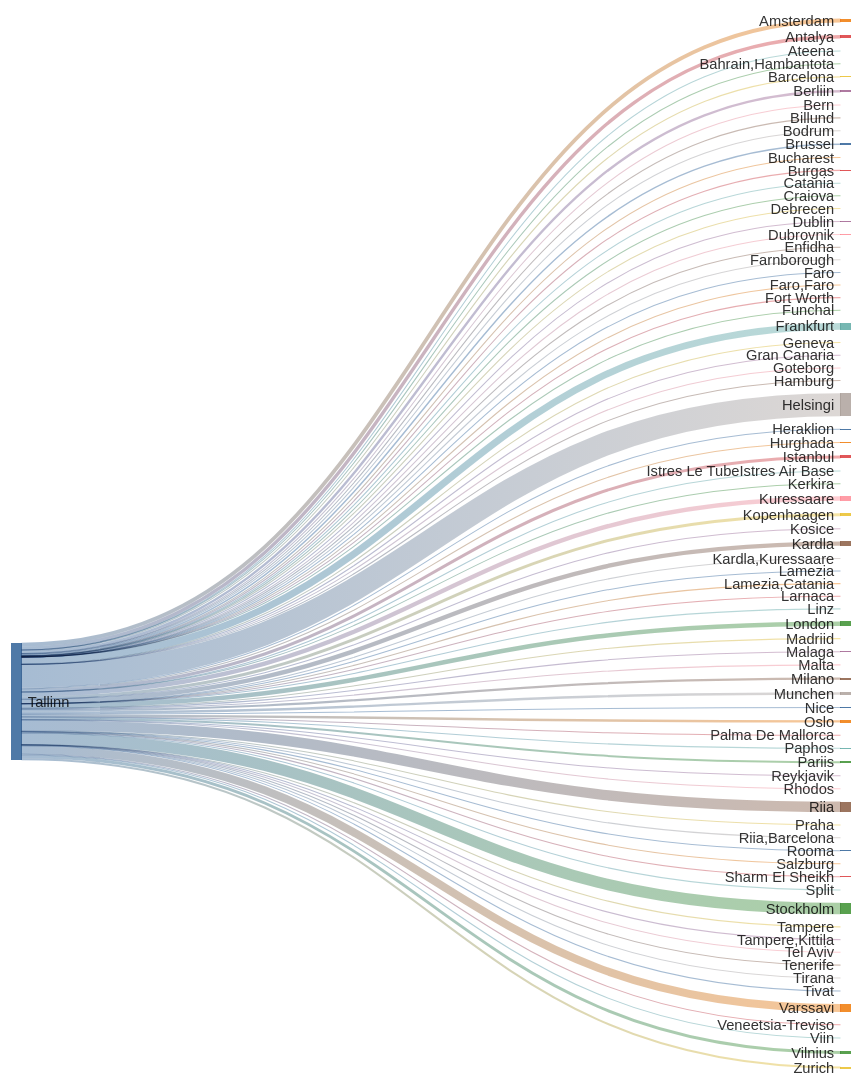
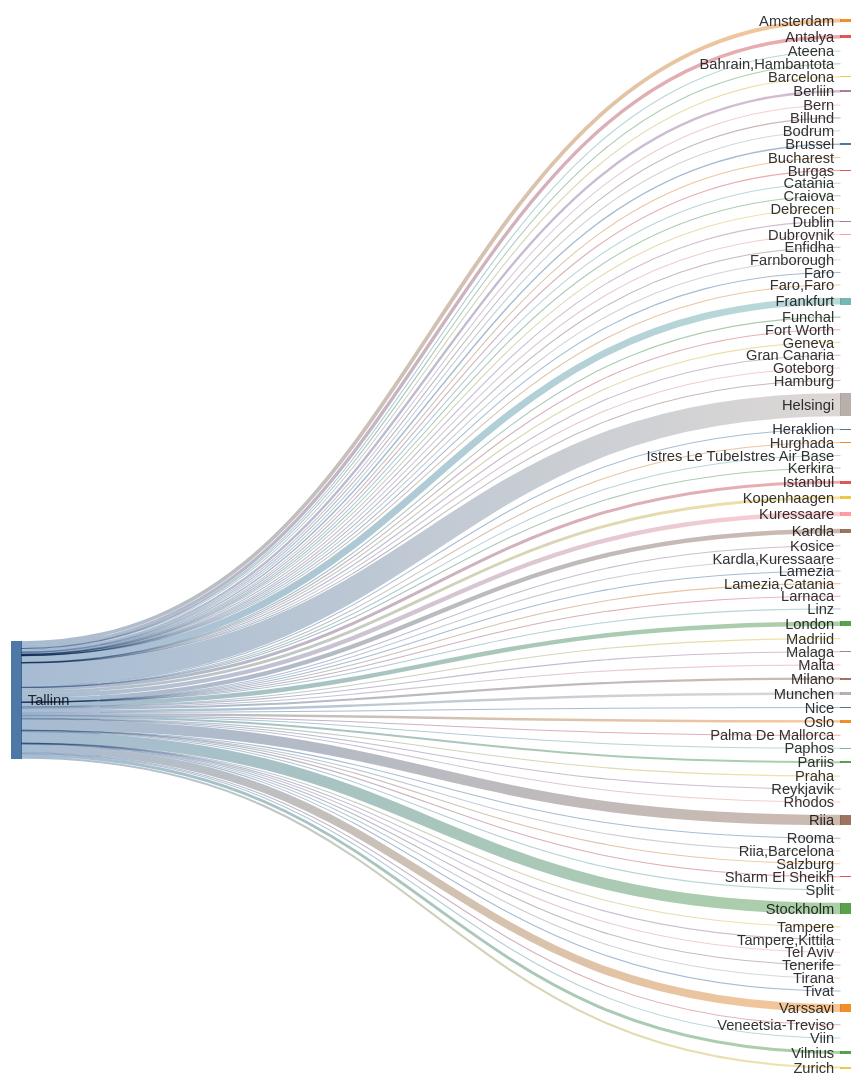
Before and after one commit to rainermesi/tll-airport-departures: the second of 2 diagrams in README.md, drawn with Mermaid. The commit also changed other lines of this file and 1 other file, not shown here.

````diff
--- a/README.md
+++ b/README.md
@@ -41,8 +41,8 @@
 ---
 sankey-beta
 %% source,target,value
-Tallinn,Amsterdam,489
-Tallinn,Antalya,439
+Tallinn,Amsterdam,491
+Tallinn,Antalya,441
 Tallinn,Ateena,16
 Tallinn,"Bahrain,Hambantota",1
 Tallinn,Barcelona,137
@@ -56,66 +56,66 @@
 Tallinn,Catania,2
 Tallinn,Craiova,1
 Tallinn,Debrecen,1
-Tallinn,Dublin,95
+Tallinn,Dublin,96
 Tallinn,Dubrovnik,21
 Tallinn,Enfidha,7
 Tallinn,Farnborough,1
 Tallinn,Faro,4
 Tallinn,"Faro,Faro",1
 Tallinn,Fort Worth,1
-Tallinn,Frankfurt,888
+Tallinn,Frankfurt,891
 Tallinn,Funchal,5
 Tallinn,Geneva,13
 Tallinn,Gran Canaria,38
 Tallinn,Goteborg,2
 Tallinn,Hamburg,2
-Tallinn,Helsingi,2989
+Tallinn,Helsingi,2999
 Tallinn,Heraklion,102
 Tallinn,Hurghada,75
-Tallinn,Istanbul,389
+Tallinn,Istanbul,390
 Tallinn,Istres Le TubeIstres Air Base,2
 Tallinn,Kerkira,4
-Tallinn,Kopenhaagen,374
+Tallinn,Kopenhaagen,377
 Tallinn,Kosice,1
-Tallinn,Kuressaare,566
-Tallinn,Kardla,568
+Tallinn,Kuressaare,568
+Tallinn,Kardla,570
 Tallinn,"Kardla,Kuressaare",1
 Tallinn,Lamezia,1
 Tallinn,"Lamezia,Catania",3
 Tallinn,Larnaca,4
 Tallinn,Linz,2
-Tallinn,London,582
+Tallinn,London,584
 Tallinn,Madriid,4
-Tallinn,Malaga,120
+Tallinn,Malaga,121
 Tallinn,Malta,29
 Tallinn,Milano,273
-Tallinn,Munchen,305
+Tallinn,Munchen,306
 Tallinn,Nice,53
-Tallinn,Oslo,302
+Tallinn,Oslo,303
 Tallinn,Palma De Mallorca,33
 Tallinn,Paphos,66
-Tallinn,Pariis,260
+Tallinn,Pariis,261
 Tallinn,Praha,87
 Tallinn,Reykjavik,20
 Tallinn,Rhodos,60
-Tallinn,Riia,1343
+Tallinn,Riia,1348
 Tallinn,"Riia,Barcelona",1
 Tallinn,Rooma,80
 Tallinn,Salzburg,14
 Tallinn,Sharm El Sheikh,103
 Tallinn,Split,53
-Tallinn,Stockholm,1476
+Tallinn,Stockholm,1481
 Tallinn,Tampere,17
 Tallinn,"Tampere,Kittila",21
 Tallinn,Tel Aviv,2
 Tallinn,Tenerife,58
 Tallinn,Tirana,34
-Tallinn,Tivat,67
-Tallinn,Varssavi,1031
+Tallinn,Tivat,68
+Tallinn,Varssavi,1033
 Tallinn,Veneetsia-Treviso,67
 Tallinn,Viin,106
-Tallinn,Vilnius,373
-Tallinn,Zurich,266
+Tallinn,Vilnius,375
+Tallinn,Zurich,267
 
 
 ```
````
